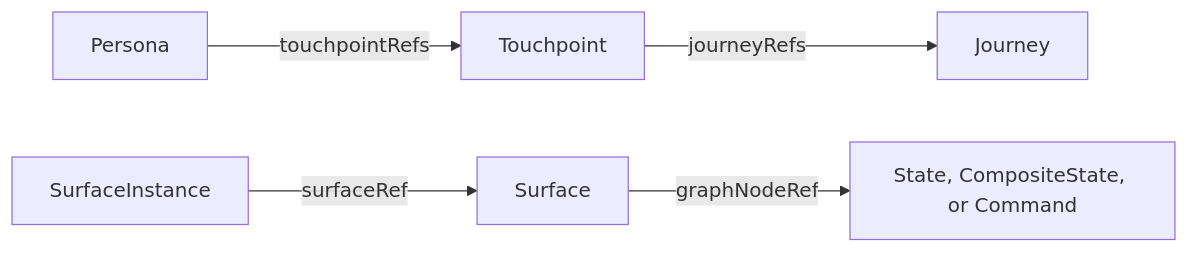
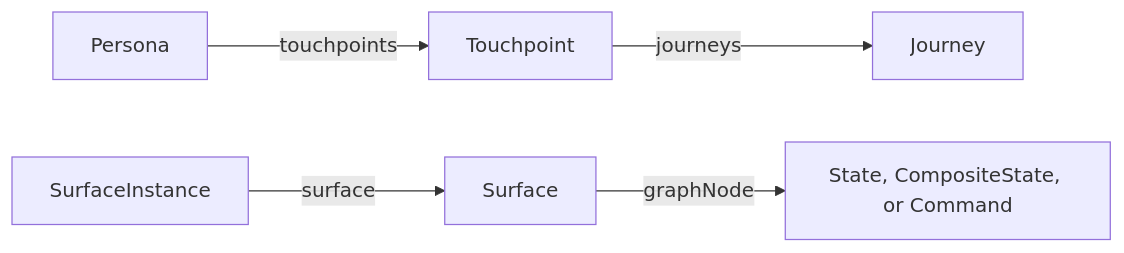
Before and after one commit to openuji/spec-ujg: the first of 5 diagrams in specs/ed/surface/index.md, drawn with Mermaid. The commit also changed other lines of this file and 370 other files, not shown here.

````diff
--- a/specs/ed/surface/index.md
+++ b/specs/ed/surface/index.md
@@ -14,7 +14,7 @@
 ```mermaid
 flowchart LR
-  Persona -->|touchpointRefs| Touchpoint
-  Touchpoint -->|journeyRefs| Journey
-  SurfaceInstance -->|surfaceRef| Surface
-  Surface -->|graphNodeRef| GraphNode["State, CompositeState, or Command"]
+  Persona -->|touchpoints| Touchpoint
+  Touchpoint -->|journeys| Journey
+  SurfaceInstance -->|surface| Surface
+  Surface -->|graphNode| GraphNode["State, CompositeState, or Command"]
 ```
````
